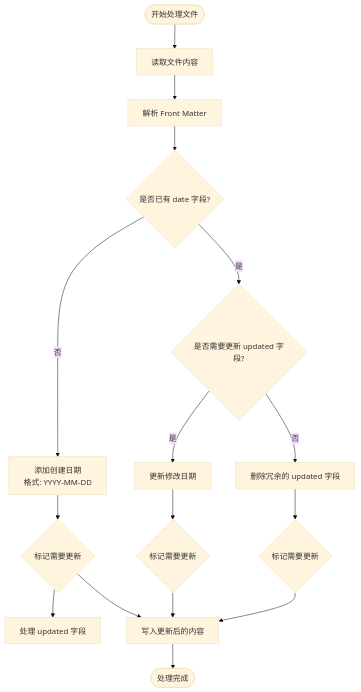
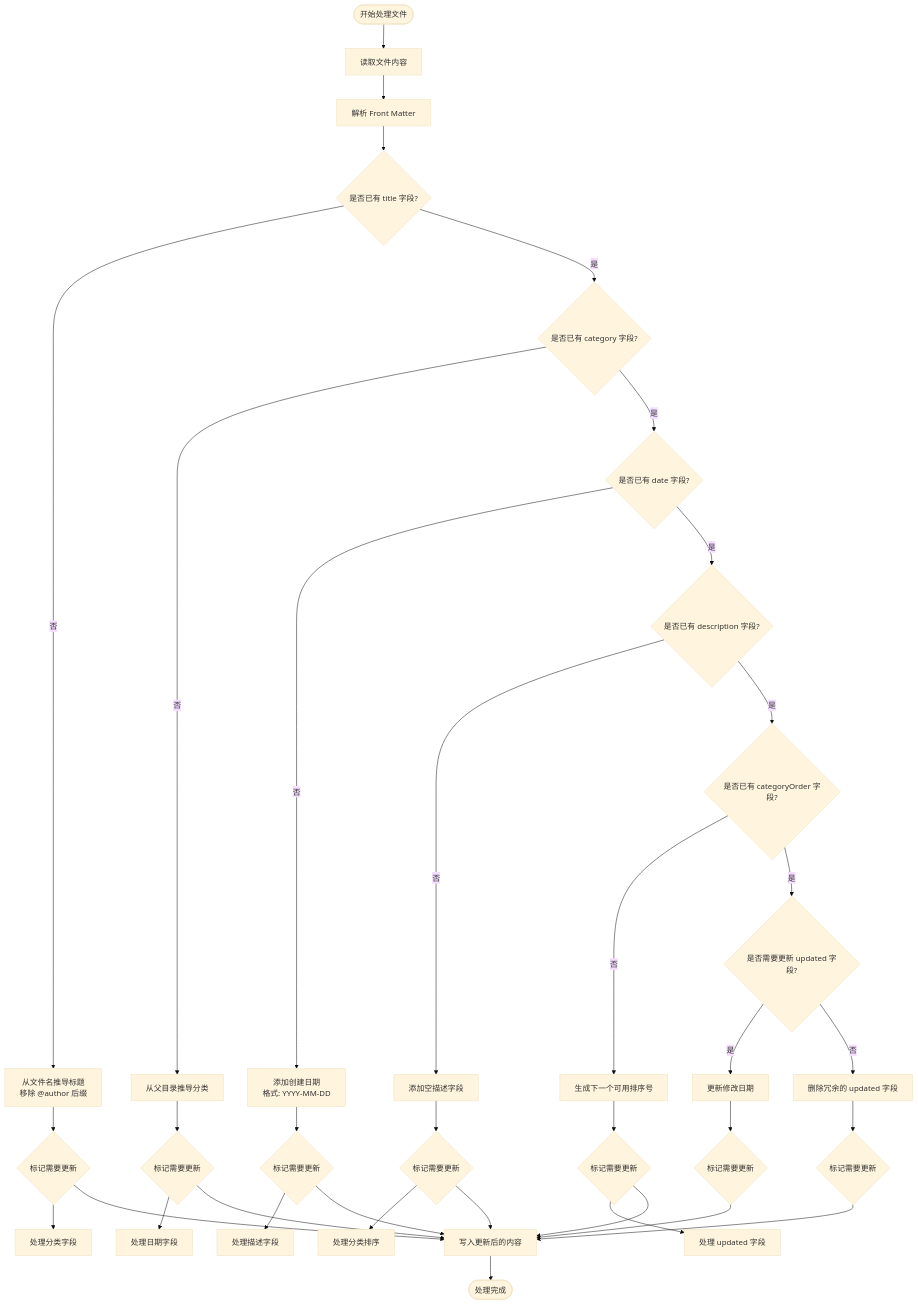
One commit to FXnadu/rainyNight-11ty changed the third of 7 diagrams in .qoder/repowiki/zh/content/构建与部署/自动化脚本/日期管理脚本.md. Above: the diagram before and after it, drawn with Mermaid (base theme). The commit also changed other lines of this file and 79 other files, not shown here.

````diff
--- a/.qoder/repowiki/zh/content/构建与部署/自动化脚本/日期管理脚本.md
+++ b/.qoder/repowiki/zh/content/构建与部署/自动化脚本/日期管理脚本.md
@@ -141,18 +157,38 @@
 ```mermaid
 flowchart TD
 Start([开始处理文件]) --> ReadFile["读取文件内容"]
 ReadFile --> ParseMatter["解析 Front Matter"]
-ParseMatter --> CheckDate{"是否已有 date 字段?"}
+ParseMatter --> CheckTitle{"是否已有 title 字段?"}
+CheckTitle --> |否| AddTitle["从文件名推导标题<br/>移除 @author 后缀"]
+CheckTitle --> |是| CheckCategory{"是否已有 category 字段?"}
+AddTitle --> NeedUpdate1{"标记需要更新"}
+NeedUpdate1 --> ProcessCategory["处理分类字段"]
+CheckCategory --> |否| AddCategory["从父目录推导分类"]
+CheckCategory --> |是| CheckDate{"是否已有 date 字段?"}
+AddCategory --> NeedUpdate2{"标记需要更新"}
+NeedUpdate2 --> ProcessDate["处理日期字段"]
 CheckDate --> |否| AddDate["添加创建日期<br/>格式: YYYY-MM-DD"]
-CheckDate --> |是| CheckUpdated{"是否需要更新 updated 字段?"}
-AddDate --> NeedUpdate1{"标记需要更新"}
-NeedUpdate1 --> ProcessUpdated["处理 updated 字段"]
+CheckDate --> |是| CheckDescription{"是否已有 description 字段?"}
+AddDate --> NeedUpdate3{"标记需要更新"}
+NeedUpdate3 --> ProcessDescription["处理描述字段"]
+CheckDescription --> |否| AddDescription["添加空描述字段"]
+CheckDescription --> |是| CheckCategoryOrder{"是否已有 categoryOrder 字段?"}
+AddDescription --> NeedUpdate4{"标记需要更新"}
+NeedUpdate4 --> ProcessCategoryOrder["处理分类排序"]
+CheckCategoryOrder --> |否| GenerateOrder["生成下一个可用排序号"]
+CheckCategoryOrder --> |是| CheckUpdated{"是否需要更新 updated 字段?"}
+GenerateOrder --> NeedUpdate5{"标记需要更新"}
+NeedUpdate5 --> ProcessUpdated["处理 updated 字段"]
 CheckUpdated --> |是| UpdateDate["更新修改日期"]
 CheckUpdated --> |否| RemoveDate["删除冗余的 updated 字段"]
-UpdateDate --> NeedUpdate2{"标记需要更新"}
-RemoveDate --> NeedUpdate3{"标记需要更新"}
-NeedUpdate2 --> WriteFile["写入更新后的内容"]
+UpdateDate --> NeedUpdate6{"标记需要更新"}
+RemoveDate --> NeedUpdate7{"标记需要更新"}
+NeedUpdate6 --> WriteFile["写入更新后的内容"]
+NeedUpdate7 --> WriteFile
+NeedUpdate2 --> WriteFile
 NeedUpdate3 --> WriteFile
+NeedUpdate4 --> WriteFile
+NeedUpdate5 --> WriteFile
 NeedUpdate1 --> WriteFile
 WriteFile --> End([处理完成])
 ```
````
